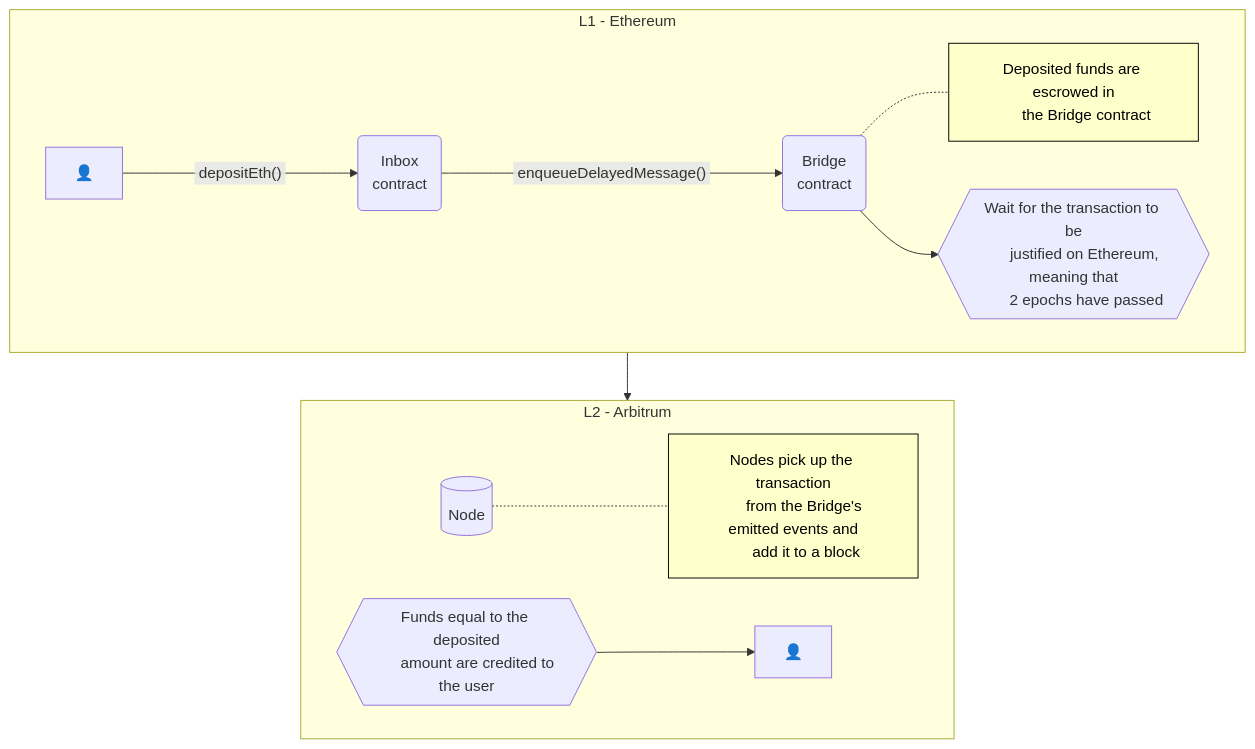
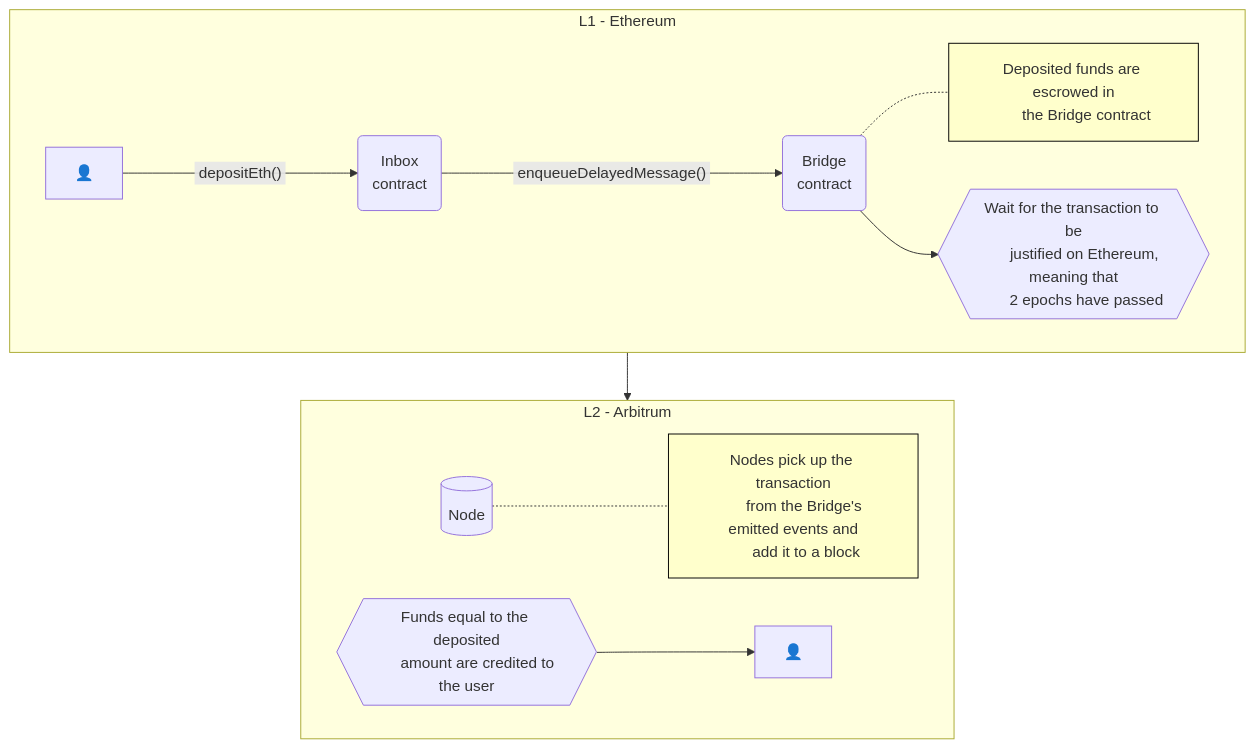
Before and after one commit to soos3d/arbitrum-docs: the diagram in docs/pages/diagrams/_deposit-eth.mdx, drawn with Mermaid. The commit also changed 103 other files, not shown here.

````diff
--- a/docs/pages/diagrams/_deposit-eth.mdx
+++ b/docs/pages/diagrams/_deposit-eth.mdx
@@ -1,46 +1,46 @@
 ```mermaid
 flowchart TB
   subgraph L1 ["L1 - Ethereum"]
     %% Nodes
     USERL1["#128100;"]
     INBOX("Inbox\ncontract")
     BRIDGE("Bridge\ncontract")
     WAIT{{"
       Wait for the transaction to be
       justified on Ethereum, meaning that
       2 epochs have passed
     "}}
     ESCROWNOTE["
       Deposited funds are escrowed in
       the Bridge contract
     "]:::noteBox
 
     %% Links
     USERL1 --->|"&nbsp;depositEth()&nbsp;"| INBOX
     INBOX --->|"&nbsp;enqueueDelayedMessage()&nbsp;"| BRIDGE
     BRIDGE -.- ESCROWNOTE
     BRIDGE --> WAIT
   end
   L1 --> L2
   subgraph L2 ["L2 - Arbitrum"]
     %% Nodes
     NODE[(Node)]
     NODENOTE["
       Nodes pick up the transaction
       from the Bridge's emitted events and
       add it to a block
     "]:::noteBox
     CREDITUSER{{"
       Funds equal to the deposited
       amount are credited to the user
     "}}
     USERL2["#128100;"]
 
     %% Links
     NODE -.- NODENOTE
     CREDITUSER --> USERL2
   end
 
 %% Styling
-classDef noteBox fill:#ffffcc,stroke:#000000,color:#000000
+classDef noteBox fill:#ffffcc,stroke:#000000,color#000000
 ```
````
